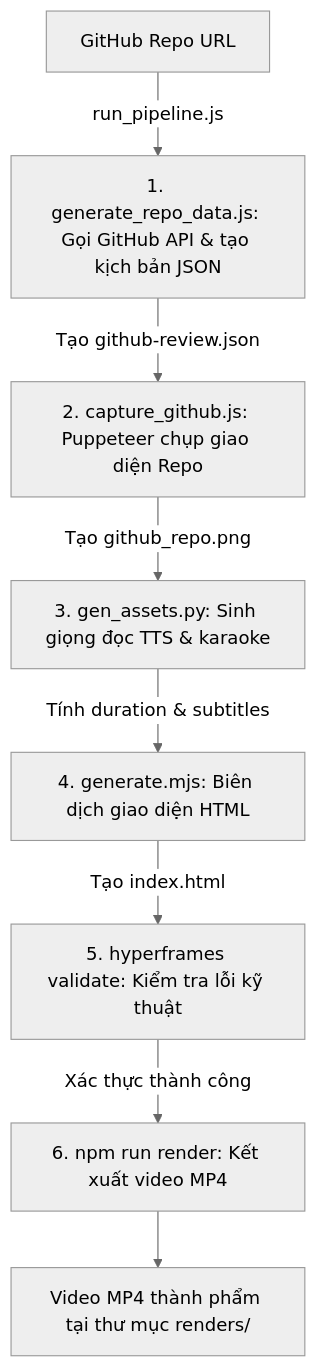
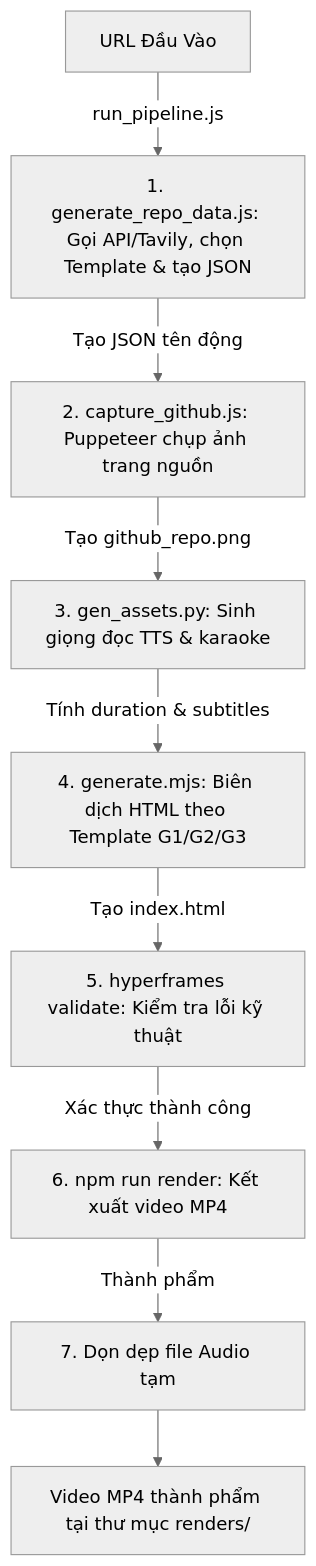
One commit to vietcuong2004/VNP_HyperFrames changed the diagram in README.md. Above: the diagram before and after it, drawn with Mermaid (neutral theme). The commit also changed other lines of this file and 11 other files, not shown here.

````diff
--- a/README.md
+++ b/README.md
@@ -36,10 +57,11 @@
 ```mermaid
 graph TD
-    URL[GitHub Repo URL] -->|run_pipeline.js| R_DATA[1. generate_repo_data.js: Gọi GitHub API & tạo kịch bản JSON]
-    R_DATA -->|Tạo github-review.json| CAPTURE[2. capture_github.js: Puppeteer chụp giao diện Repo]
+    URL[URL Đầu Vào] -->|run_pipeline.js| R_DATA[1. generate_repo_data.js: Gọi API/Tavily, chọn Template & tạo JSON]
+    R_DATA -->|Tạo JSON tên động| CAPTURE[2. capture_github.js: Puppeteer chụp ảnh trang nguồn]
     CAPTURE -->|Tạo github_repo.png| TTS[3. gen_assets.py: Sinh giọng đọc TTS & karaoke]
-    TTS -->|Tính duration & subtitles| GEN[4. generate.mjs: Biên dịch giao diện HTML]
+    TTS -->|Tính duration & subtitles| GEN[4. generate.mjs: Biên dịch HTML theo Template G1/G2/G3]
     GEN -->|Tạo index.html| VALIDATE[5. hyperframes validate: Kiểm tra lỗi kỹ thuật]
     VALIDATE -->|Xác thực thành công| RENDER[6. npm run render: Kết xuất video MP4]
-    RENDER --> OUT[Video MP4 thành phẩm tại thư mục renders/]
+    RENDER -->|Thành phẩm| CLEANUP[7. Dọn dẹp file Audio tạm]
+    CLEANUP --> OUT[Video MP4 thành phẩm tại thư mục renders/]
 ```
````
